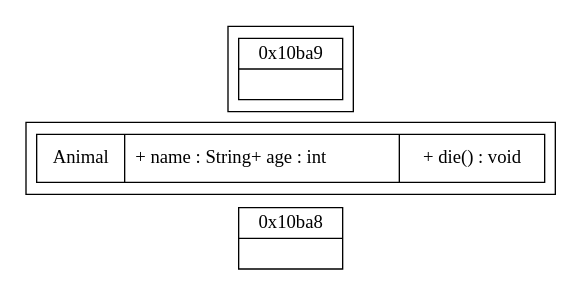
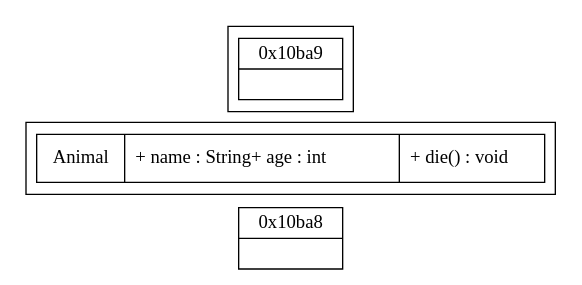
One commit to sisyphus1212/note changed the diagram in dpdk/内存管理.md. Above: the diagram before and after it, drawn with Graphviz.

Commit message:
auto_update

````diff
--- a/dpdk/内存管理.md
+++ b/dpdk/内存管理.md
@@ -16,20 +16,20 @@
 ```graphviz
 digraph {
 	rankdir=LR;
 	"node0" [
 		label = "0x10ba8| <f1>"
 		shape = "record"
 	];
 	subgraph cluster_0 {
-		Animal[label = "{Animal | + name : String+ age : int\l |+ die() : void}", shape = "record" ];
+		Animal[label = "{Animal | + name : String+ age : int\l |+ die() : void\l}", shape = "record" ];
 	}
 	subgraph cluster_1 {
 		"node1" [
 			label = "0x10ba9| <f1>"
 			shape = "record"
 		];
 	}
 }
 
 
 ```
````
